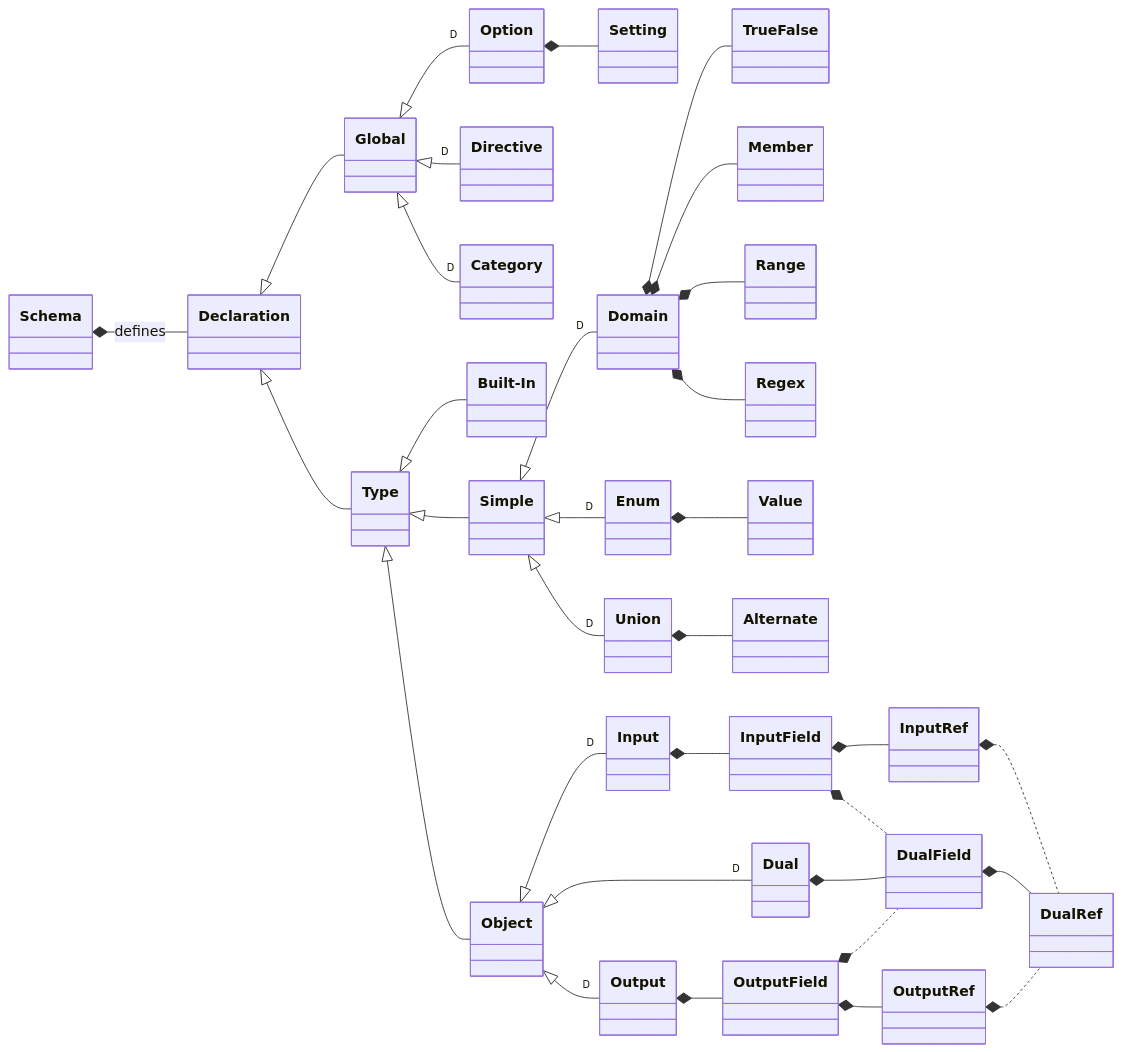
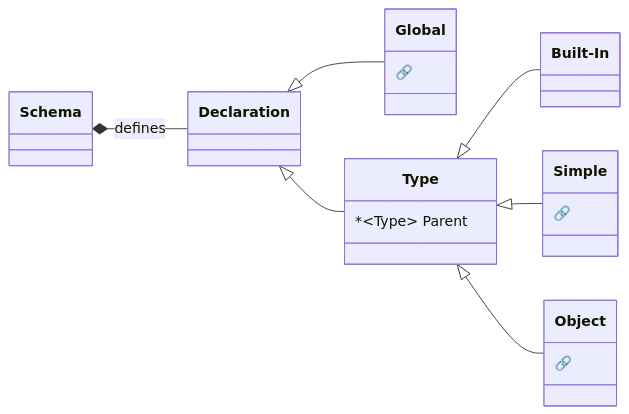
Before and after one commit to graphql-plus/graphql-plus.github.io: the first of 5 diagrams in graphql-plus/Diagrams.md, drawn with Mermaid. The commit also changed other lines of this file and 1 other file, not shown here.

Commit message:
Improve diagrams

````diff
--- a/graphql-plus/Diagrams.md
+++ b/graphql-plus/Diagrams.md
@@ -5,48 +5,22 @@
 ```mermaid
 classDiagram
     direction LR
+
     Schema *-- Declaration : defines
 
     Declaration <|-- Global
     Declaration <|-- Type
 
-    Global <|-- "D"Option
-    Global <|-- "D"Directive
-    Global <|-- "D"Category
-
-    Option *-- Setting
-
+    Type : *~Type~ Parent
     Type <|-- Built-In
     Type <|-- Simple
     Type <|-- Object
 
-    Simple <|-- "D"Domain
-    Simple <|-- "D"Enum
-    Simple <|-- "D"Union
+    Global : 🔗
+    Simple : 🔗
+    Object : 🔗
 
-    Domain *-- TrueFalse
-    Domain *-- Member
-    Domain *-- Range
-    Domain *-- Regex
-
-    Enum *-- Value
-
-    Union *-- Alternate
-
-    Object <|-- "D"Input
-    Object <|-- "D"Dual
-    Object <|-- "D"Output
-
-    Input *-- InputField
-    InputField *-- InputRef
-    InputField *.. DualField
-    InputRef *.. DualRef
-
-    Dual *-- DualField
-    DualField *-- DualRef
-
-    Output *-- OutputField
-    OutputField *-- OutputRef
-    OutputField *.. DualField
-    OutputRef *.. DualRef
+    link Global "#global-declarations"
+    link Simple "#simple-types"
+    link Object "#object-types"
 ```
````
